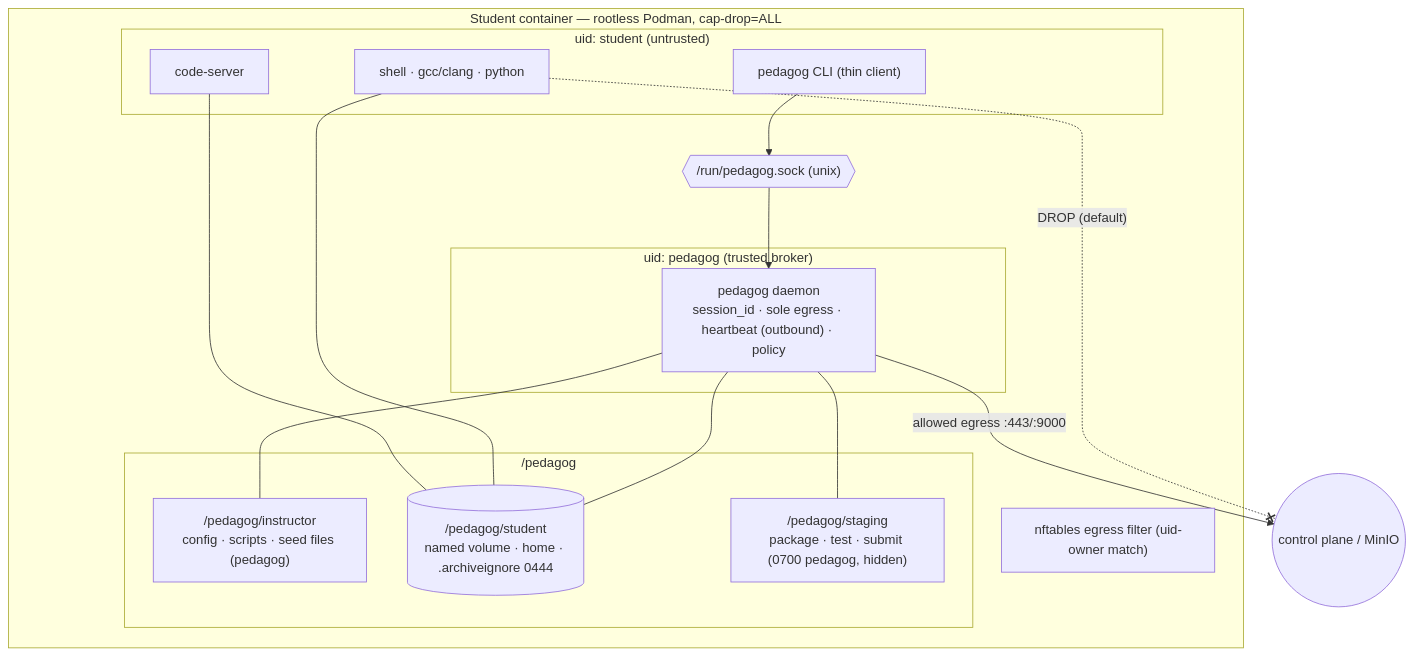
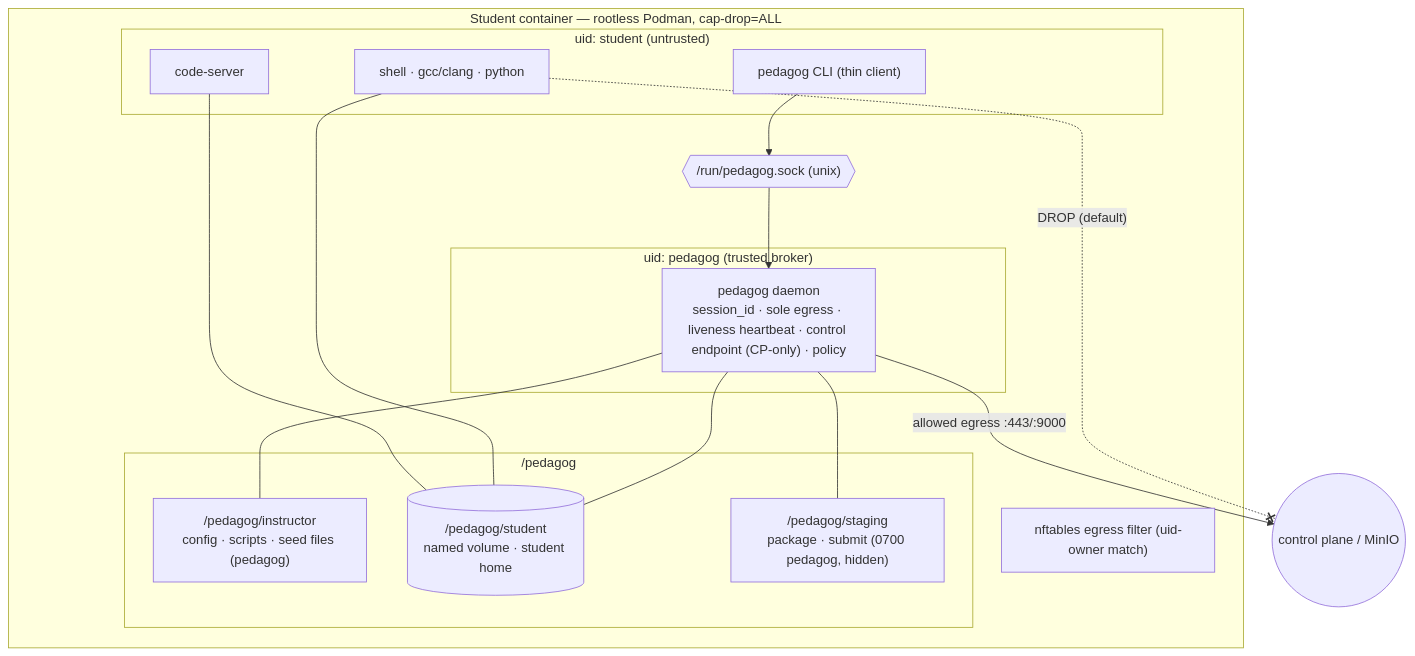
One commit to pedagog-org/pedagog changed the third of 9 diagrams in docs/02-design-exam-system.md. Above: the diagram before and after it, drawn with Mermaid. The commit also changed other lines of this file and 2 other files, not shown here.

First line of the commit message:
docs: base-image/daemon design (03) + reconcile 02; design-only workflow

````diff
--- a/docs/02-design-exam-system.md
+++ b/docs/02-design-exam-system.md
@@ -183,29 +187,29 @@
 ```mermaid
 flowchart TB
   subgraph container["Student container — rootless Podman, cap-drop=ALL"]
     subgraph studentz["uid: student (untrusted)"]
       CS["code-server"]
       SH["shell · gcc/clang · python"]
       CLI["pedagog CLI (thin client)"]
     end
     subgraph pedz["uid: pedagog (trusted broker)"]
-      D["pedagog daemon<br/>session_id · sole egress · heartbeat (outbound) · policy"]
+      D["pedagog daemon<br/>session_id · sole egress · liveness heartbeat · control endpoint (CP-only) · policy"]
     end
     SOCK{{"/run/pedagog.sock (unix)"}}
     subgraph fs["/pedagog"]
       INST["/pedagog/instructor<br/>config · scripts · seed files (pedagog)"]
-      STU[("/pedagog/student<br/>named volume · home · .archiveignore 0444")]
-      STG["/pedagog/staging<br/>package · test · submit (0700 pedagog, hidden)"]
+      STU[("/pedagog/student<br/>named volume · student home")]
+      STG["/pedagog/staging<br/>package · submit (0700 pedagog, hidden)"]
     end
     NFT["nftables egress filter (uid-owner match)"]
   end
 
   CLI --> SOCK --> D
   CS --- STU
   SH --- STU
   D --- INST
   D --- STG
   D --- STU
   D -->|"allowed egress :443/:9000"| OUT(("control plane / MinIO"))
   SH -. "DROP (default)" .-x OUT
 ```
````
